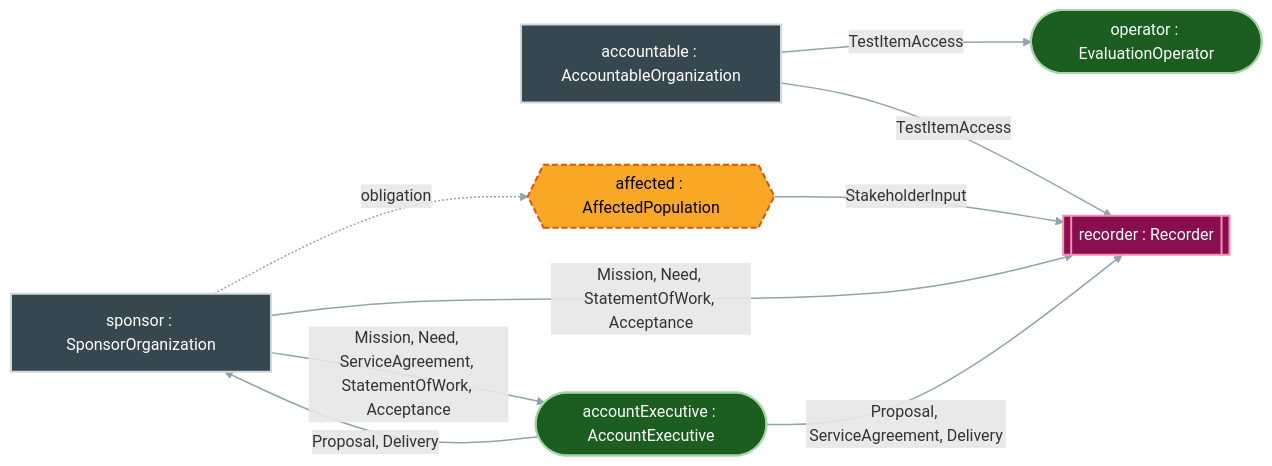
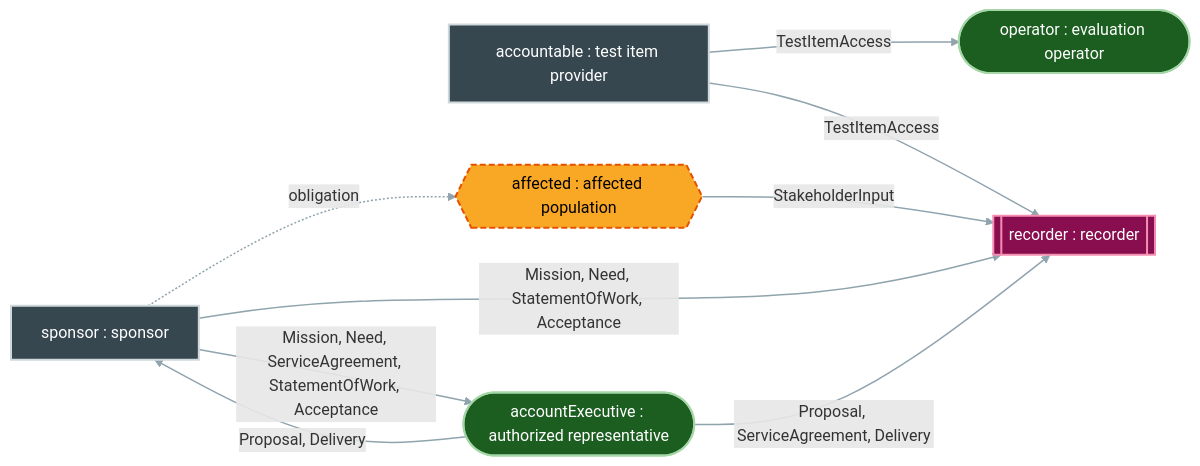
One commit to DynamicalSystemsGroup/og-caie-spec changed the diagram in generated/wiring-contracting.md. Above: the diagram before and after it, drawn with Mermaid. The commit also changed other lines of this file and 19 other files, not shown here.

````diff
--- a/generated/wiring-contracting.md
+++ b/generated/wiring-contracting.md
@@ -1,26 +1,26 @@
 ```{mermaid}
 flowchart LR
-  accountable["accountable : AccountableOrganization"]
-  affected{{"affected : AffectedPopulation"}}
-  sponsor["sponsor : SponsorOrganization"]
-  testingOrg_accountExecutive(["accountExecutive : AccountExecutive"])
-  testingOrg_recorder[["recorder : Recorder"]]
-  testingOrg_team_operator(["operator : EvaluationOperator"])
+  accountable["accountable : test item provider"]
+  affected{{"affected : affected population"}}
+  sponsor["sponsor : sponsor"]
+  testingOrg_accountExecutive(["accountExecutive : authorized representative"])
+  testingOrg_recorder[["recorder : recorder"]]
+  testingOrg_team_operator(["operator : evaluation operator"])
   accountable -- "TestItemAccess" --> testingOrg_recorder
   accountable -- "TestItemAccess" --> testingOrg_team_operator
   affected -- "StakeholderInput" --> testingOrg_recorder
   sponsor -- "Mission, Need, ServiceAgreement, StatementOfWork, Acceptance" --> testingOrg_accountExecutive
   sponsor -- "Mission, Need, StatementOfWork, Acceptance" --> testingOrg_recorder
   testingOrg_accountExecutive -- "Proposal, Delivery" --> sponsor
   testingOrg_accountExecutive -- "Proposal, ServiceAgreement, Delivery" --> testingOrg_recorder
   sponsor -. "obligation" .-> affected
   classDef person fill:#1b5e20,stroke:#a5d6a7,stroke-width:2px,color:#ffffff;
   classDef machine fill:#880e4f,stroke:#f48fb1,stroke-width:2px,color:#ffffff;
   classDef party fill:#f9a825,stroke:#e65100,stroke-width:2px,stroke-dasharray: 6 3,color:#000000;
   classDef organization fill:#37474f,stroke:#cfd8dc,stroke-width:2px,color:#ffffff;
   linkStyle default stroke:#90a4ae,stroke-width:1.5px;
   class testingOrg_accountExecutive,testingOrg_team_operator person;
   class testingOrg_recorder machine;
   class affected party;
   class accountable,sponsor organization;
 ```
````
